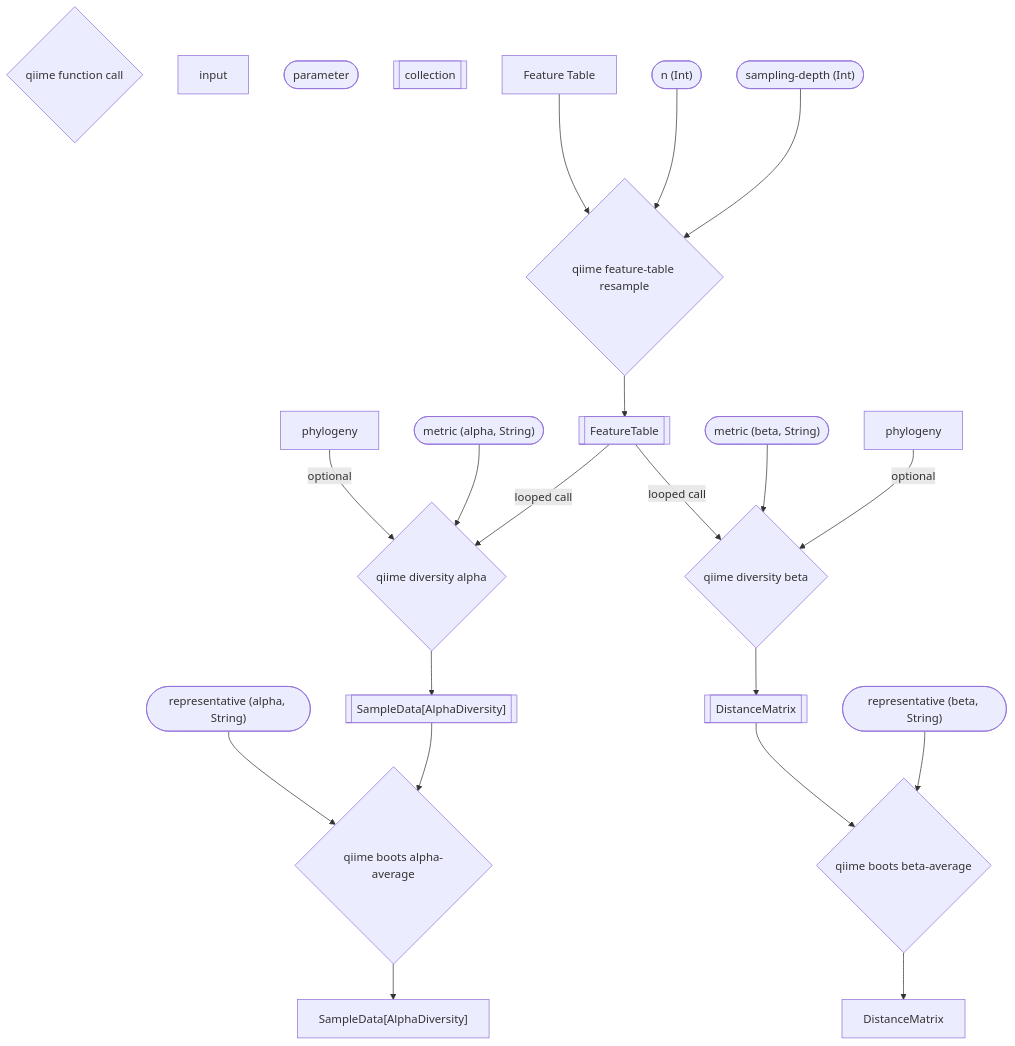
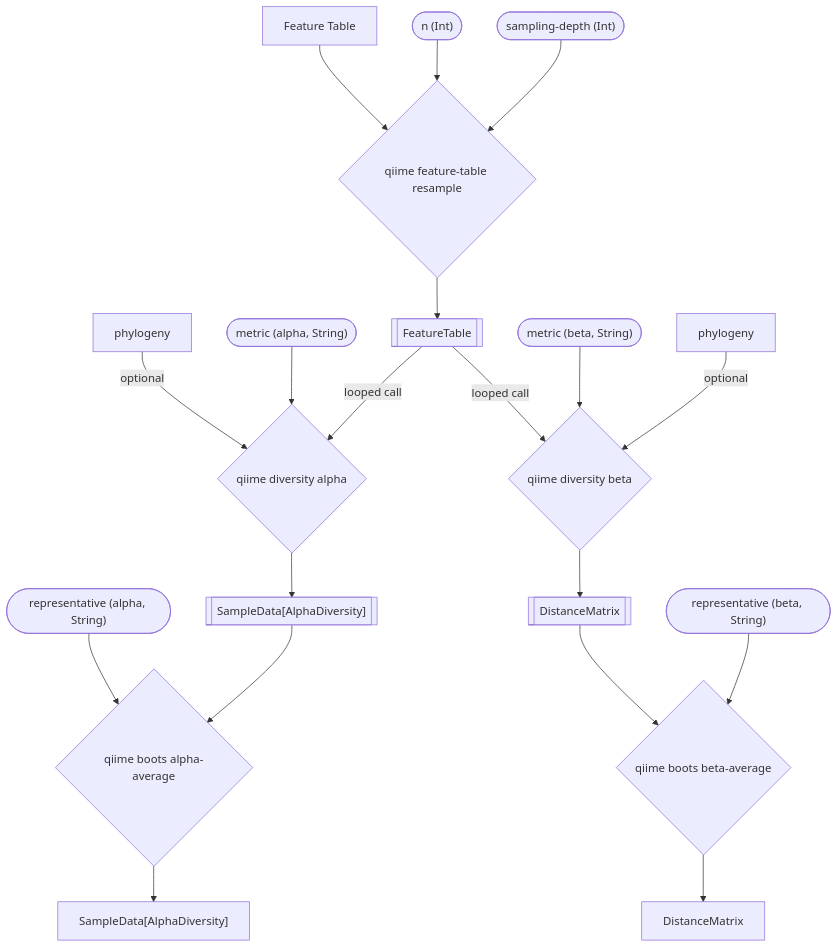
One commit to caporaso-lab/q2-boots changed the diagram in pipeline-chart.md. Above: the diagram before and after it, drawn with Mermaid. The commit also changed 1 other file, not shown here.

Commit message:
separate key

````diff
--- a/pipeline-chart.md
+++ b/pipeline-chart.md
@@ -1,30 +1,26 @@
 ```mermaid
 flowchart TD
-    function-call{qiime function call}
-    input
-    paramter([parameter])
-    collection[[collection]]
     
     feature-table[Feature Table] --> resample
     n(["n (Int)"]) --> resample
     sampling-depth(["sampling-depth (Int)"]) --> resample
     phylogeny-alpha[phylogeny] -- optional --> div-alpha
     alpha-metric(["metric (alpha, String)"]) --> div-alpha
     resample{qiime feature-table resample} -->
     feature-collection[[FeatureTable]] -- looped call --> div-alpha
     feature-collection -- looped call --> beta-diversity
     div-alpha{qiime diversity alpha} --> sd-collection
     alpha-rep(["representative (alpha, String)"]) --> alpha-avg
     sd-collection[["SampleData[AlphaDiversity]"]] -->
     alpha-avg{qiime boots alpha-average} -->
     I["SampleData[AlphaDiversity]"]
 
     beta-diversity{qiime diversity beta} --> dms
     beta-metric(["metric (beta, String)"]) --> beta-diversity
     phylogeny-beta[phylogeny] -- optional --> beta-diversity
 
     dms[[DistanceMatrix]] --> beta-average
     beta-rep(["representative (beta, String)"]) -->
     beta-average{qiime boots beta-average} -->
     dm[DistanceMatrix]
 ```
````
